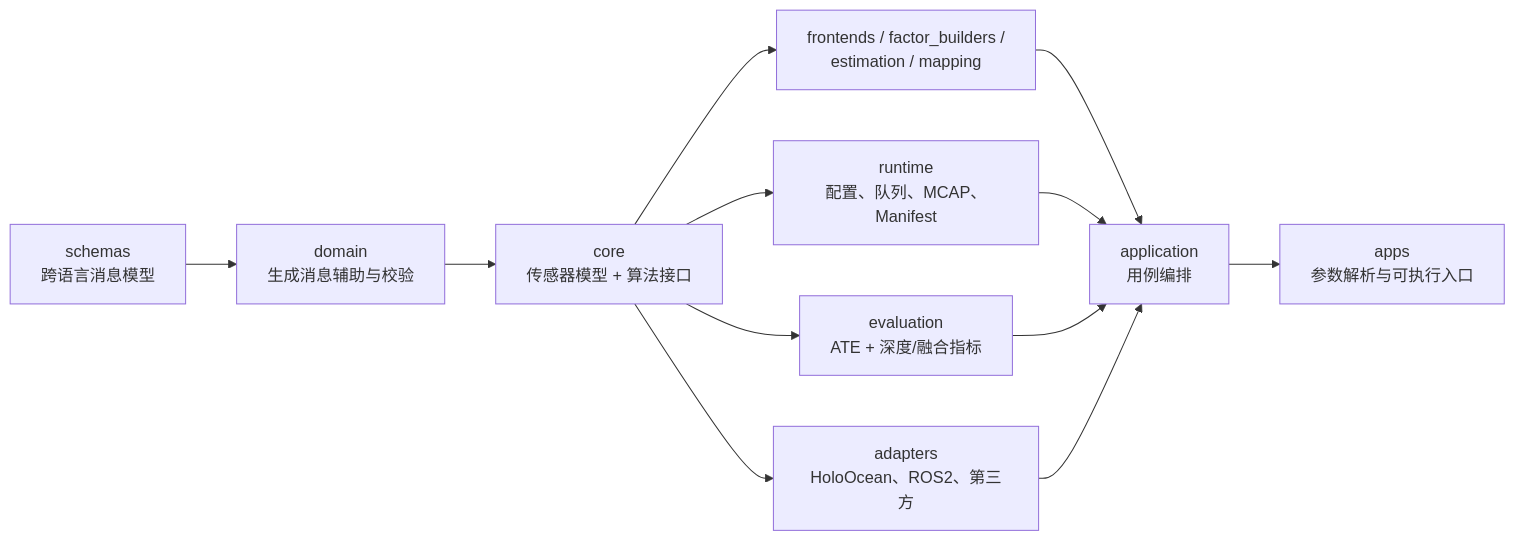
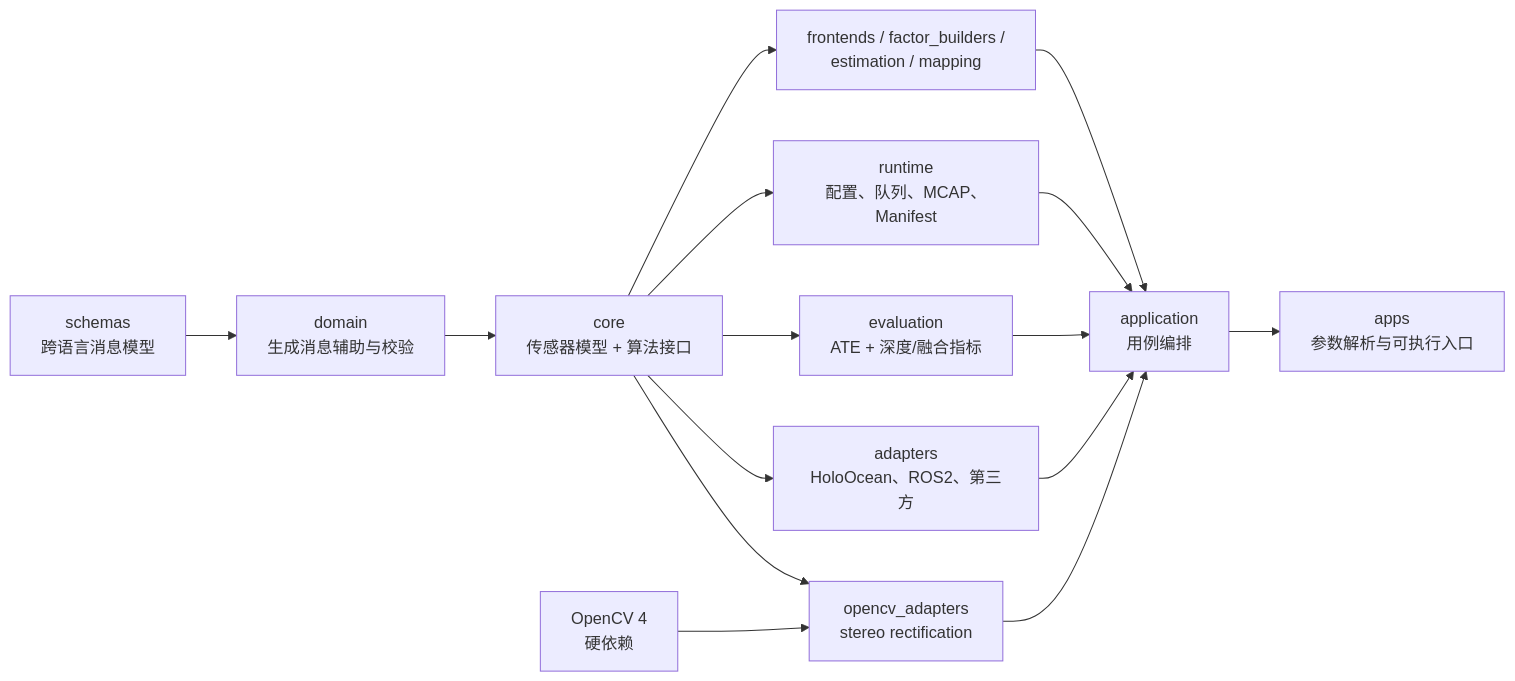
Before and after one commit to PengBY91/uw_slam: the second of 2 diagrams in README.md, drawn with Mermaid. The commit also changed other lines of this file and 61 other files, not shown here.

````diff
--- a/README.md
+++ b/README.md
@@ -181,14 +210,17 @@
 ```mermaid
 flowchart LR
     SCHEMAS[schemas<br/>跨语言消息模型] --> DOMAIN[domain<br/>生成消息辅助与校验]
     DOMAIN --> CORE[core<br/>传感器模型 + 算法接口]
     CORE --> ALGO["frontends / factor_builders /<br/>estimation / mapping"]
     CORE --> RUNTIME[runtime<br/>配置、队列、MCAP、Manifest]
     CORE --> EVAL[evaluation<br/>ATE + 深度/融合指标]
     CORE --> ADAPTERS[adapters<br/>HoloOcean、ROS2、第三方]
+    CORE --> OPENCV_ADAPTERS[opencv_adapters<br/>stereo rectification]
+    OPENCV[OpenCV 4<br/>硬依赖] --> OPENCV_ADAPTERS
     ALGO --> APPLICATION[application<br/>用例编排]
     RUNTIME --> APPLICATION
     EVAL --> APPLICATION
     ADAPTERS --> APPLICATION
+    OPENCV_ADAPTERS --> APPLICATION
     APPLICATION --> APPS[apps<br/>参数解析与可执行入口]
 ```
````
